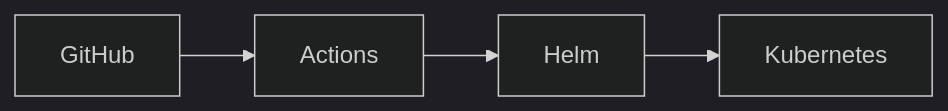
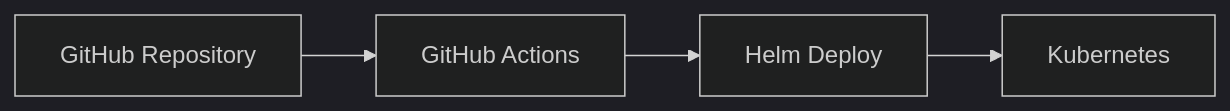
Before and after one commit to akshayachar03/DevOps-Learning: the seventh of 13 diagrams in 02-Detailed-Notes/16-Helm/17-CI-CD Integration.md, drawn with Mermaid (dark theme). The commit also changed other lines of this file, not shown here.

````diff
--- a/02-Detailed-Notes/16-Helm/17-CI-CD Integration.md
+++ b/02-Detailed-Notes/16-Helm/17-CI-CD Integration.md
@@ -534,5 +535,8 @@
 ```mermaid
 flowchart LR
 
-GitHub --> Actions --> Helm --> Kubernetes
+A[GitHub Repository]
+A --> B[GitHub Actions]
+B --> C[Helm Deploy]
+C --> D[Kubernetes]
 ```
````
